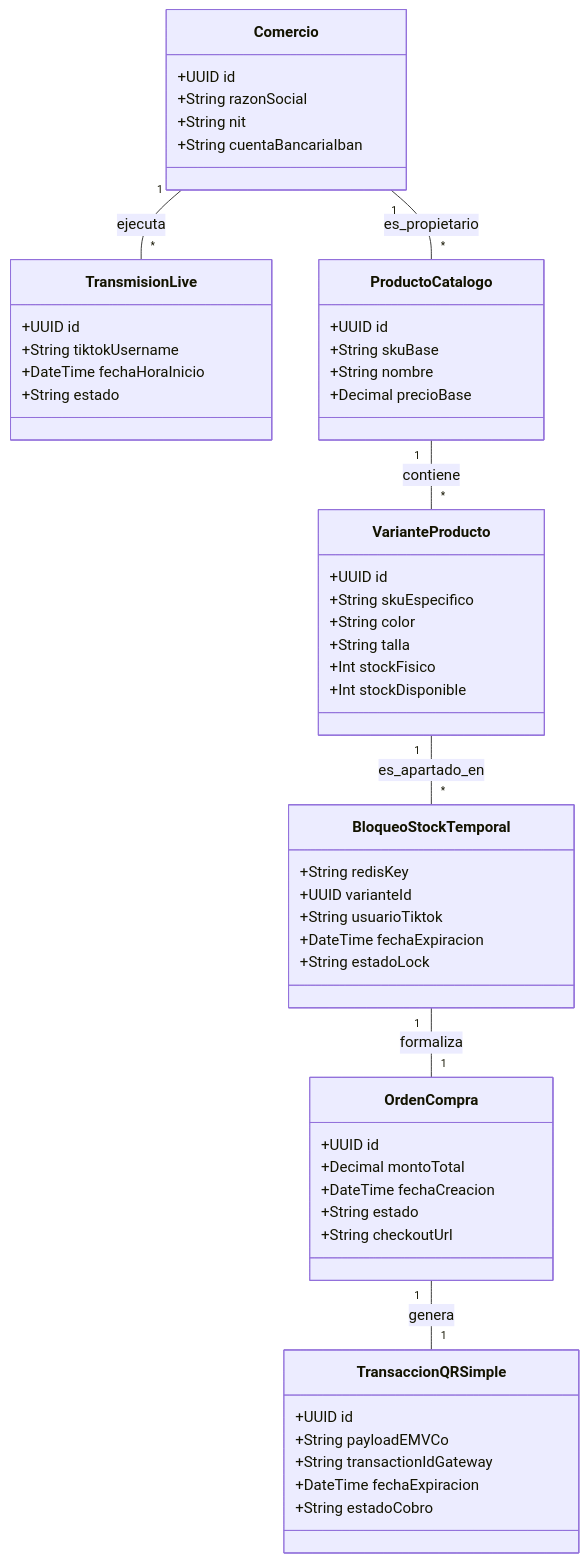
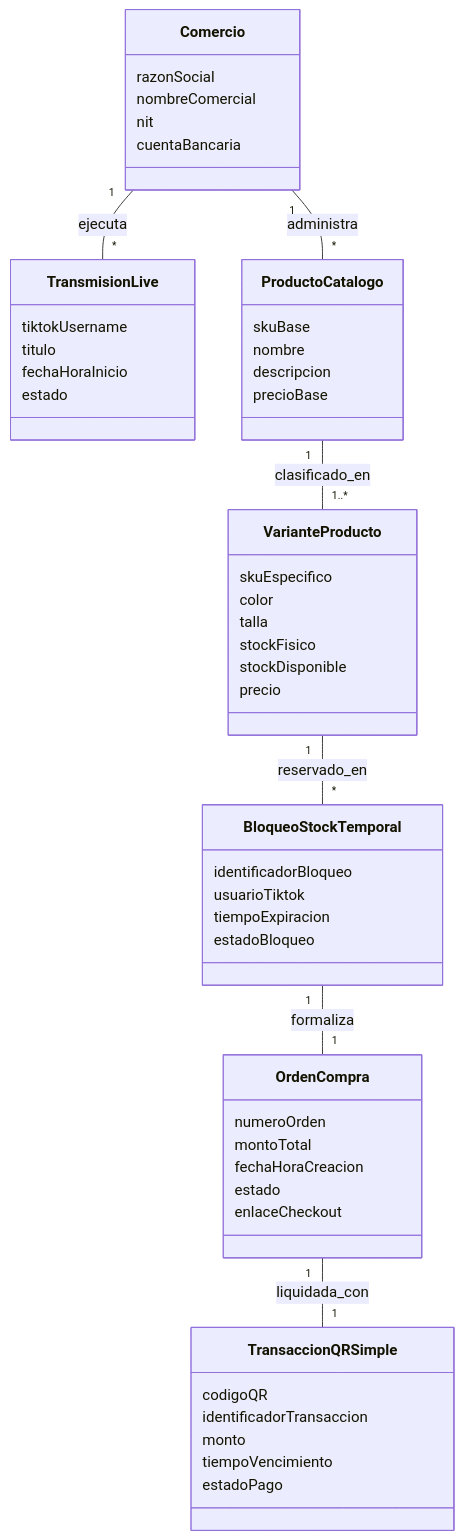
The third of 6 diagrams in README.md (Tsmrain/TiktokSell), drawn with Mermaid before and after one commit. The commit also changed other lines of this file, not shown here.

Commit message:
docs: refactor domain model diagram to follow conceptual analysis standards and add class dictionary

````diff
--- a/README.md
+++ b/README.md
@@ -315,57 +319,58 @@
 ```mermaid
 classDiagram
+    direction TB
+
     class Comercio {
-        +UUID id
-        +String razonSocial
-        +String nit
-        +String cuentaBancariaIban
+        razonSocial
+        nombreComercial
+        nit
+        cuentaBancaria
     }
     class TransmisionLive {
-        +UUID id
-        +String tiktokUsername
-        +DateTime fechaHoraInicio
-        +String estado
+        tiktokUsername
+        titulo
+        fechaHoraInicio
+        estado
     }
     class ProductoCatalogo {
-        +UUID id
-        +String skuBase
-        +String nombre
-        +Decimal precioBase
+        skuBase
+        nombre
+        descripcion
+        precioBase
     }
     class VarianteProducto {
-        +UUID id
-        +String skuEspecifico
-        +String color
-        +String talla
-        +Int stockFisico
-        +Int stockDisponible
+        skuEspecifico
+        color
+        talla
+        stockFisico
+        stockDisponible
+        precio
     }
     class BloqueoStockTemporal {
-        +String redisKey
-        +UUID varianteId
-        +String usuarioTiktok
-        +DateTime fechaExpiracion
-        +String estadoLock
+        identificadorBloqueo
+        usuarioTiktok
+        tiempoExpiracion
+        estadoBloqueo
     }
     class OrdenCompra {
-        +UUID id
-        +Decimal montoTotal
-        +DateTime fechaCreacion
-        +String estado
-        +String checkoutUrl
+        numeroOrden
+        montoTotal
+        fechaHoraCreacion
+        estado
+        enlaceCheckout
     }
     class TransaccionQRSimple {
-        +UUID id
-        +String payloadEMVCo
-        +String transactionIdGateway
-        +DateTime fechaExpiracion
-        +String estadoCobro
+        codigoQR
+        identificadorTransaccion
+        monto
+        tiempoVencimiento
+        estadoPago
     }
 
     Comercio "1" -- "*" TransmisionLive : ejecuta
-    Comercio "1" -- "*" ProductoCatalogo : es_propietario
-    ProductoCatalogo "1" -- "*" VarianteProducto : contiene
-    VarianteProducto "1" -- "*" BloqueoStockTemporal : es_apartado_en
+    Comercio "1" -- "*" ProductoCatalogo : administra
+    ProductoCatalogo "1" -- "1..*" VarianteProducto : clasificado_en
+    VarianteProducto "1" -- "*" BloqueoStockTemporal : reservado_en
     BloqueoStockTemporal "1" -- "1" OrdenCompra : formaliza
-    OrdenCompra "1" -- "1" TransaccionQRSimple : genera
+    OrdenCompra "1" -- "1" TransaccionQRSimple : liquidada_con
 ```
````
